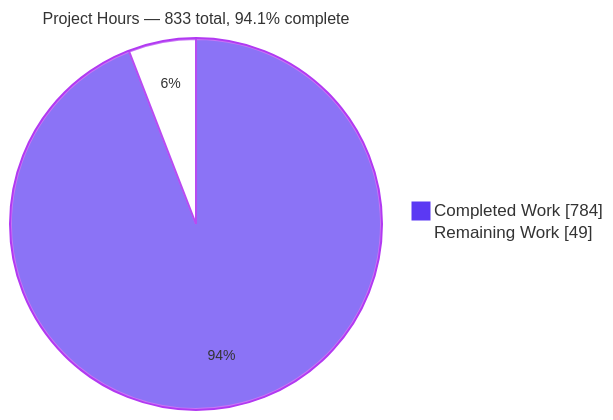
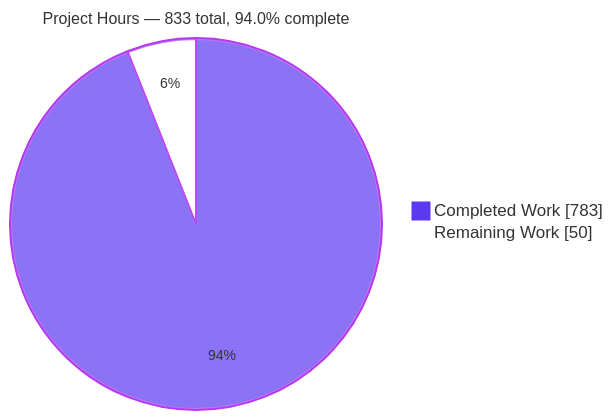
One commit to Blitzy-Sandbox/blitzy-ArkCase changed the second of 3 diagrams in blitzy/documentation/Project Guide.md. Above: the diagram before and after it, drawn with Mermaid. The commit also changed other lines of this file, not shown here.

Commit message:
Adding Blitzy Project Guide: Project Status and Human Tasks Remaining

````diff
--- a/blitzy/documentation/Project Guide.md
+++ b/blitzy/documentation/Project Guide.md
@@ -260,7 +258,7 @@
 ```mermaid
 %%{init: {'theme':'base', 'themeVariables': {'pie1':'#5B39F3','pie2':'#FFFFFF','pieStrokeColor':'#B23AF2','pieStrokeWidth':'2px','pieOuterStrokeColor':'#B23AF2','pieTitleTextSize':'16px','pieSectionTextSize':'14px'}}}%%
 pie showData
-    title Project Hours — 833 total, 94.1% complete
-    "Completed Work" : 784
-    "Remaining Work" : 49
+    title Project Hours — 833 total, 94.0% complete
+    "Completed Work" : 783
+    "Remaining Work" : 50
 ```
````
